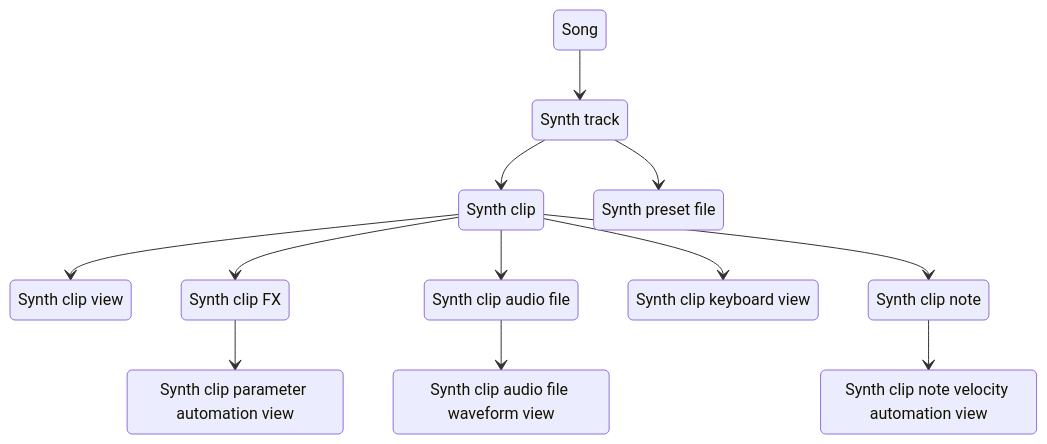
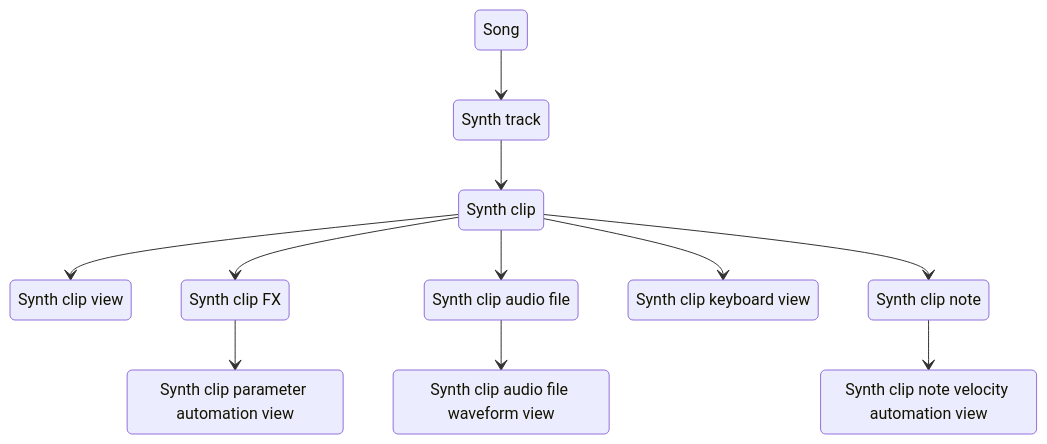
Before and after one commit to SynthstromAudible/DelugeFirmware: diagram 13 of 16 in website/src/content/docs/manual/introduction/concepts.mdx, drawn with Mermaid. The commit also changed other lines of this file and 1 other file, not shown here.

````diff
--- a/website/src/content/docs/manual/introduction/concepts.mdx
+++ b/website/src/content/docs/manual/introduction/concepts.mdx
@@ -431,26 +416,24 @@
 ```mermaid
 stateDiagram-v2
   Song --> SynthTrack
   SynthTrack --> SynthClip
-  SynthTrack --> SynthPresetFile
   SynthClip --> SynthClipView
   SynthClip --> SynthClipFX
   SynthClipFX --> SynthClipAutomationView
   SynthClip --> SynthClipAudioFile
   SynthClipAudioFile --> SynthClipAudioFileWaveformView
   SynthClip --> SynthClipKeyboardView
   SynthClip --> SynthClipNote
   SynthClipNote --> SynthClipNoteVelocityAutomationView
 
   SynthTrack: Synth track
-  SynthPresetFile: Synth preset file
   SynthClip: Synth clip
   SynthClipFX: Synth clip FX
   SynthClipView: Synth clip view
   SynthClipAutomationView: Synth clip parameter automation view
   SynthClipAudioFile: Synth clip audio file
   SynthClipAudioFileWaveformView: Synth clip audio file waveform view
   SynthClipKeyboardView: Synth clip keyboard view
   SynthClipNote: Synth clip note
   SynthClipNoteVelocityAutomationView: Synth clip note velocity automation view
 ```
````
